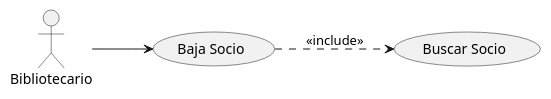
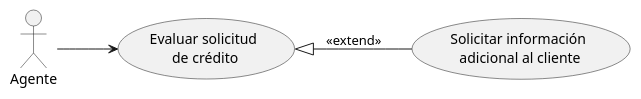
The diagram in src/Diagrmas_TGA.puml (tatianagarijo/UMLCasosUsoTatianaGarijo), drawn with PlantUML before and after one commit. The commit also changed 3 other files, not shown here.

```diff
--- a/src/Diagrmas_TGA.puml
+++ b/src/Diagrmas_TGA.puml
@@ -1,11 +1,11 @@
 @startuml
     left to right direction
 
-    usecase "Baja Socio" as uc1
-    usecase "Buscar Socio" as uc2
+    usecase "Evaluar solicitud\n de crédito" as uc1
+    usecase "Solicitar información\n adicional al cliente" as uc2
 
-    :Bibliotecario: as bibli
+    :Agente: as agn
 
-    bibli --> uc1
-    uc1 ..> uc2 : <<include>>
+    agn --> uc1
+    uc1 <|-- uc2 : <<extend>>
 @enduml
```
